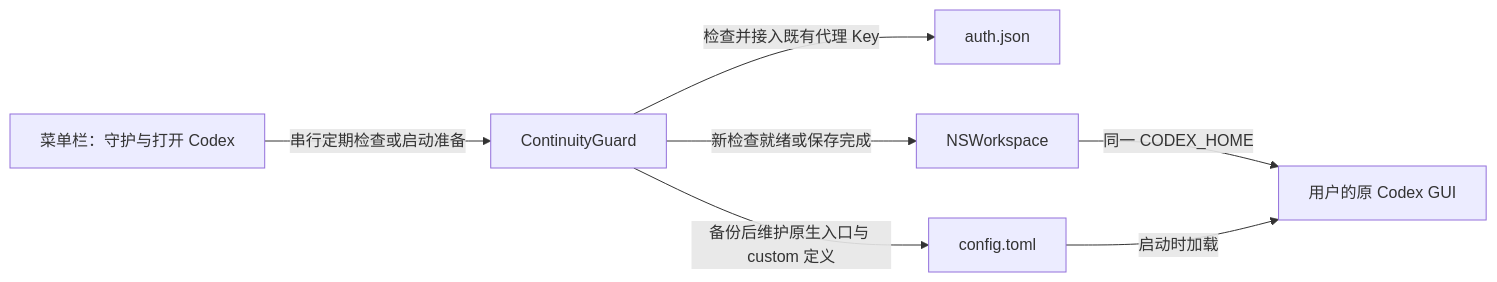
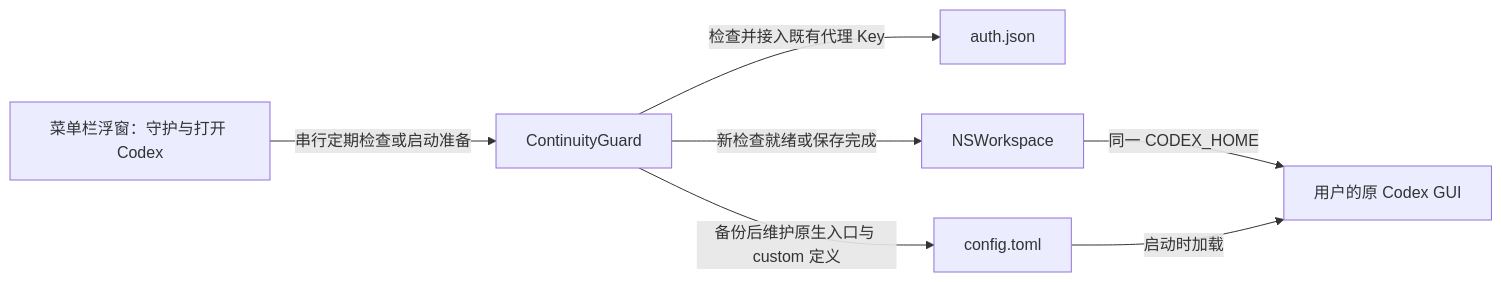
One commit to PixelCores/Miruun changed the first of 2 diagrams in docs/analysis.md. Above: the diagram before and after it, drawn with Mermaid. The commit also changed other lines of this file and 5 other files, not shown here.

Commit message:
feat: 按参考图重做深色菜单栏浮窗

````diff
--- a/docs/analysis.md
+++ b/docs/analysis.md
@@ -60,9 +60,9 @@
 ```mermaid
 flowchart LR
-    UI[菜单栏：守护与打开 Codex] -->|串行定期检查或启动准备| Guard[ContinuityGuard]
+    UI[菜单栏浮窗：守护与打开 Codex] -->|串行定期检查或启动准备| Guard[ContinuityGuard]
     Guard -->|检查并接入既有代理 Key| Auth[auth.json]
     Guard -->|备份后维护原生入口与 custom 定义| Config[config.toml]
     Guard -->|新检查就绪或保存完成| Launch[NSWorkspace]
     Launch -->|同一 CODEX_HOME| Codex[用户的原 Codex GUI]
     Config -->|启动时加载| Codex
 ```
````
